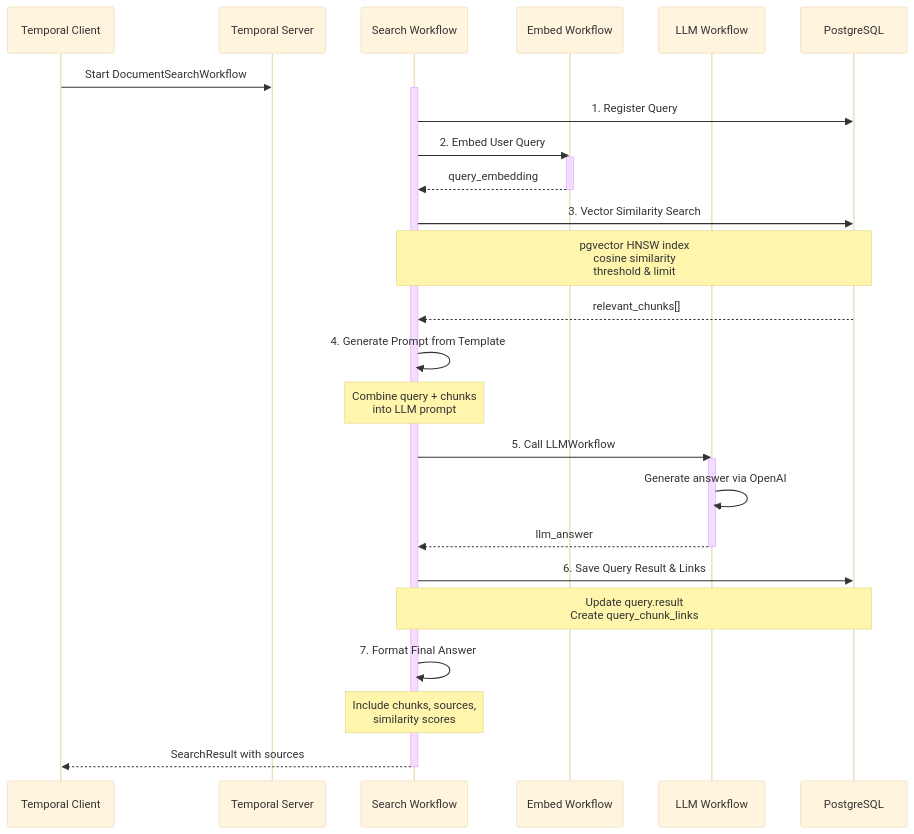
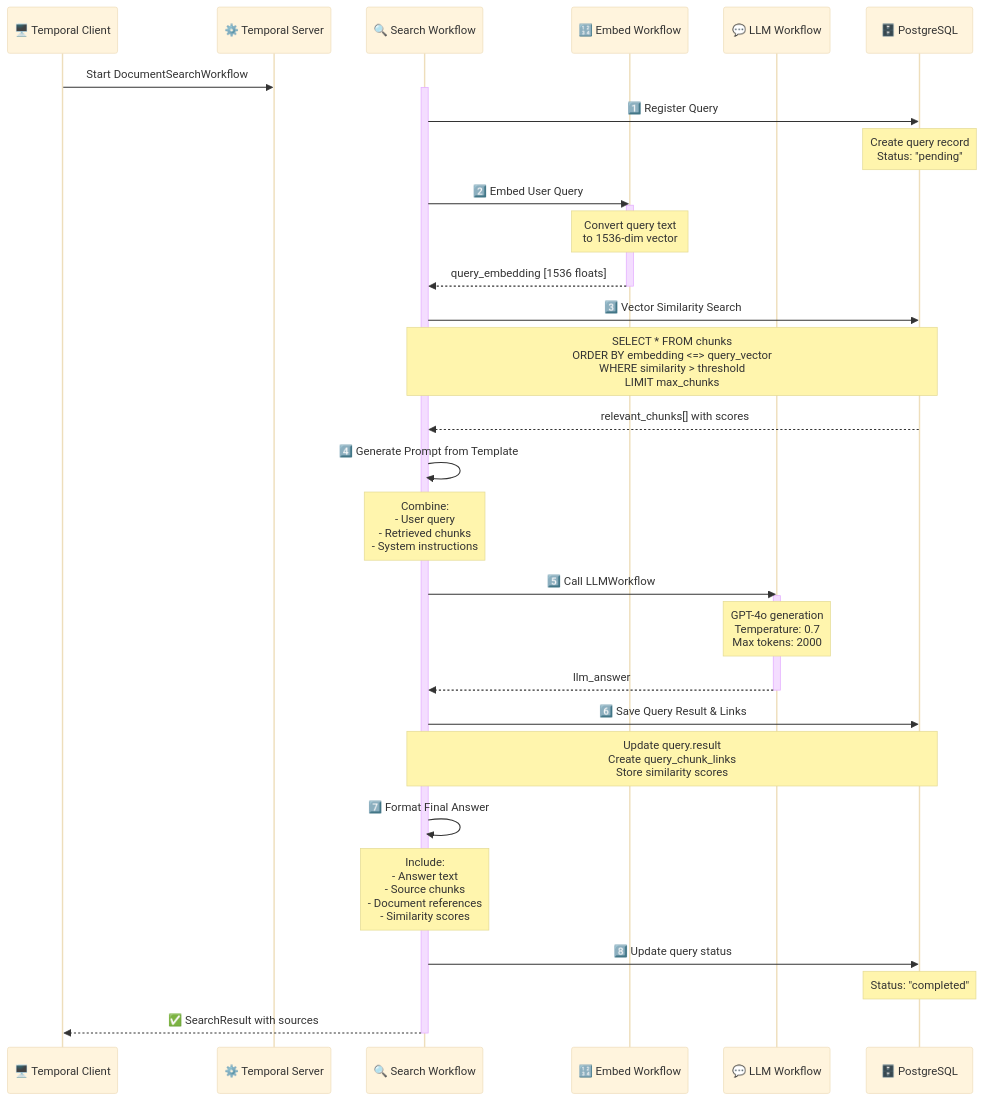
One commit to winnin/gdai changed the fourth of 4 diagrams in README.md. Above: the diagram before and after it, drawn with Mermaid (base theme). The commit also changed other lines of this file, not shown here.

````diff
--- a/README.md
+++ b/README.md
@@ -254,41 +372,46 @@
 ```mermaid
 sequenceDiagram
-    participant Client as Temporal Client
-    participant Temporal as Temporal Server
-    participant SearchWF as Search Workflow
-    participant EmbedWF as Embed Workflow
-    participant LLMWF as LLM Workflow
-    participant DB as PostgreSQL
+    participant Client as 🖥️ Temporal Client
+    participant Temporal as ⚙️ Temporal Server
+    participant SearchWF as 🔍 Search Workflow
+    participant EmbedWF as 🔢 Embed Workflow
+    participant LLMWF as 💬 LLM Workflow
+    participant DB as 🗄️ PostgreSQL
 
     Client->>Temporal: Start DocumentSearchWorkflow
     activate SearchWF
 
-    SearchWF->>DB: 1. Register Query
+    SearchWF->>DB: 1️⃣ Register Query
+    Note over DB: Create query record<br/>Status: "pending"
 
-    SearchWF->>EmbedWF: 2. Embed User Query
+    SearchWF->>EmbedWF: 2️⃣ Embed User Query
     activate EmbedWF
-    EmbedWF-->>SearchWF: query_embedding
+    Note over EmbedWF: Convert query text<br/>to 1536-dim vector
+    EmbedWF-->>SearchWF: query_embedding [1536 floats]
     deactivate EmbedWF
 
-    SearchWF->>DB: 3. Vector Similarity Search
-    Note over SearchWF,DB: pgvector HNSW index<br/>cosine similarity<br/>threshold & limit
-    DB-->>SearchWF: relevant_chunks[]
+    SearchWF->>DB: 3️⃣ Vector Similarity Search
+    Note over SearchWF,DB: SELECT * FROM chunks<br/>ORDER BY embedding <=> query_vector<br/>WHERE similarity > threshold<br/>LIMIT max_chunks
+    DB-->>SearchWF: relevant_chunks[] with scores
 
-    SearchWF->>SearchWF: 4. Generate Prompt from Template
-    Note over SearchWF: Combine query + chunks<br/>into LLM prompt
+    SearchWF->>SearchWF: 4️⃣ Generate Prompt from Template
+    Note over SearchWF: Combine:<br/>- User query<br/>- Retrieved chunks<br/>- System instructions
 
-    SearchWF->>LLMWF: 5. Call LLMWorkflow
+    SearchWF->>LLMWF: 5️⃣ Call LLMWorkflow
     activate LLMWF
-    LLMWF->>LLMWF: Generate answer via OpenAI
+    Note over LLMWF: GPT-4o generation<br/>Temperature: 0.7<br/>Max tokens: 2000
     LLMWF-->>SearchWF: llm_answer
     deactivate LLMWF
 
-    SearchWF->>DB: 6. Save Query Result & Links
-    Note over SearchWF,DB: Update query.result<br/>Create query_chunk_links
+    SearchWF->>DB: 6️⃣ Save Query Result & Links
+    Note over SearchWF,DB: Update query.result<br/>Create query_chunk_links<br/>Store similarity scores
 
-    SearchWF->>SearchWF: 7. Format Final Answer
-    Note over SearchWF: Include chunks, sources,<br/>similarity scores
+    SearchWF->>SearchWF: 7️⃣ Format Final Answer
+    Note over SearchWF: Include:<br/>- Answer text<br/>- Source chunks<br/>- Document references<br/>- Similarity scores
 
-    SearchWF-->>Client: SearchResult with sources
+    SearchWF->>DB: 8️⃣ Update query status
+    Note over DB: Status: "completed"
+
+    SearchWF-->>Client: ✅ SearchResult with sources
     deactivate SearchWF
 ```
````
